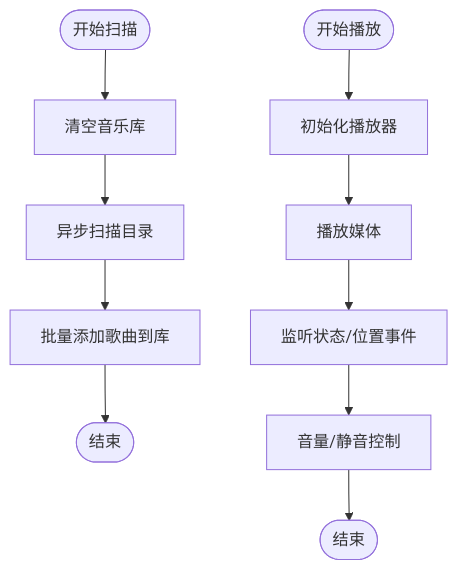
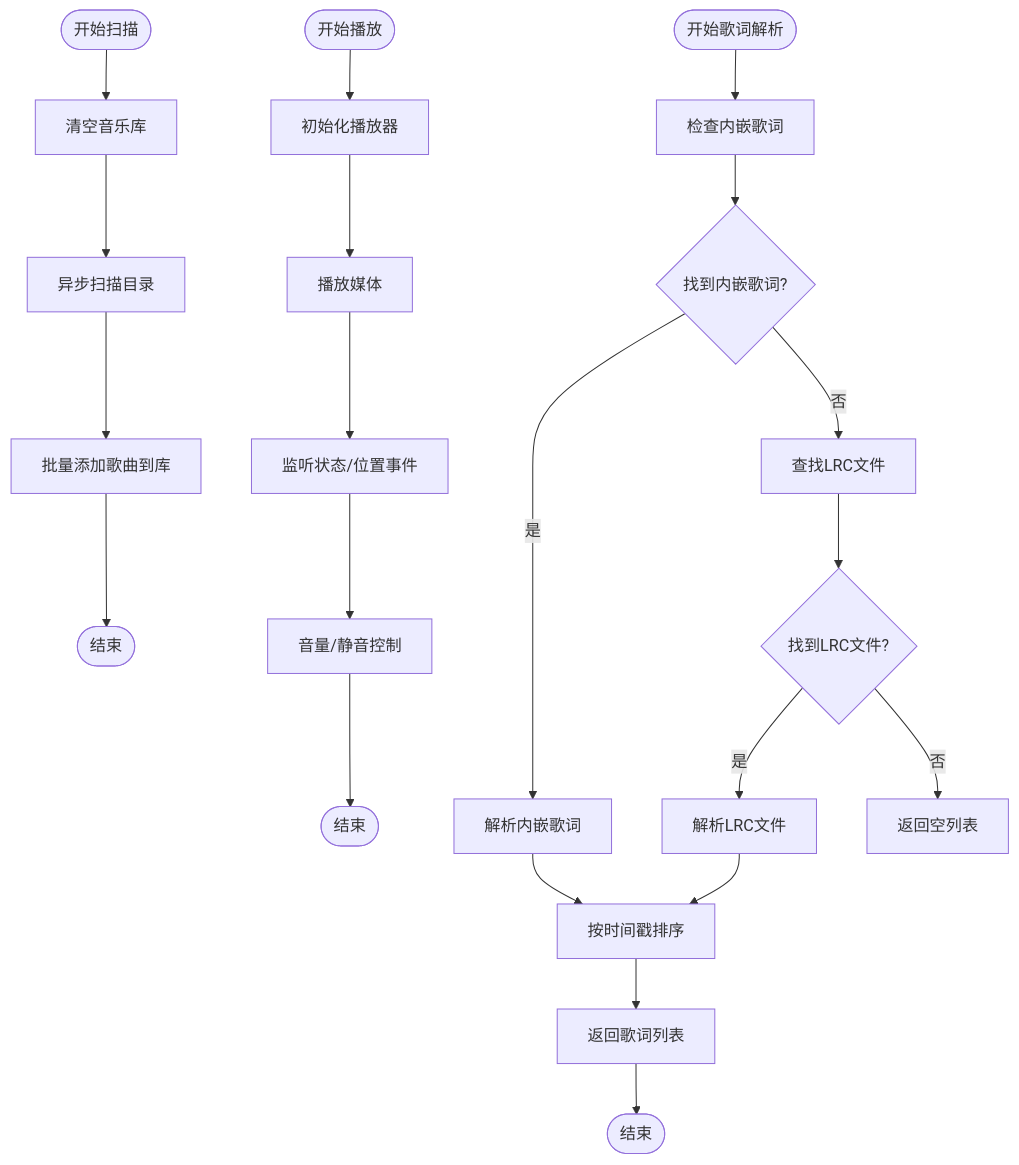
Before and after one commit to mariamjensen42-glitch/LocalMusicPlayer: the fifth of 6 diagrams in .qoder/repowiki/zh/content/架构设计/依赖注入容器.md, drawn with Mermaid. The commit also changed other lines of this file and 23 other files, not shown here.

````diff
--- a/.qoder/repowiki/zh/content/架构设计/依赖注入容器.md
+++ b/.qoder/repowiki/zh/content/架构设计/依赖注入容器.md
@@ -307,13 +353,25 @@
 ```mermaid
 flowchart TD
 Start(["开始扫描"]) --> Clear["清空音乐库"]
 Clear --> Scan["异步扫描目录"]
 Scan --> Add["批量添加歌曲到库"]
 Add --> Done(["结束"])
 %% 播放控制
 PCStart(["开始播放"]) --> Init["初始化播放器"]
 Init --> Play["播放媒体"]
 Play --> Events["监听状态/位置事件"]
 Events --> Volume["音量/静音控制"]
 Volume --> PCExit(["结束"])
+%% 歌词解析
+LYStart(["开始歌词解析"]) --> CheckEmbed["检查内嵌歌词"]
+CheckEmbed --> EmbedFound{"找到内嵌歌词?"}
+EmbedFound --> |是| ParseEmbed["解析内嵌歌词"]
+EmbedFound --> |否| CheckLRC["查找LRC文件"]
+CheckLRC --> LRCFound{"找到LRC文件?"}
+LRCFound --> |是| ParseLRC["解析LRC文件"]
+LRCFound --> |否| ReturnEmpty["返回空列表"]
+ParseEmbed --> Sort["按时间戳排序"]
+ParseLRC --> Sort
+Sort --> ReturnLyrics["返回歌词列表"]
+ReturnLyrics --> LYExit(["结束"])
 ```
````
